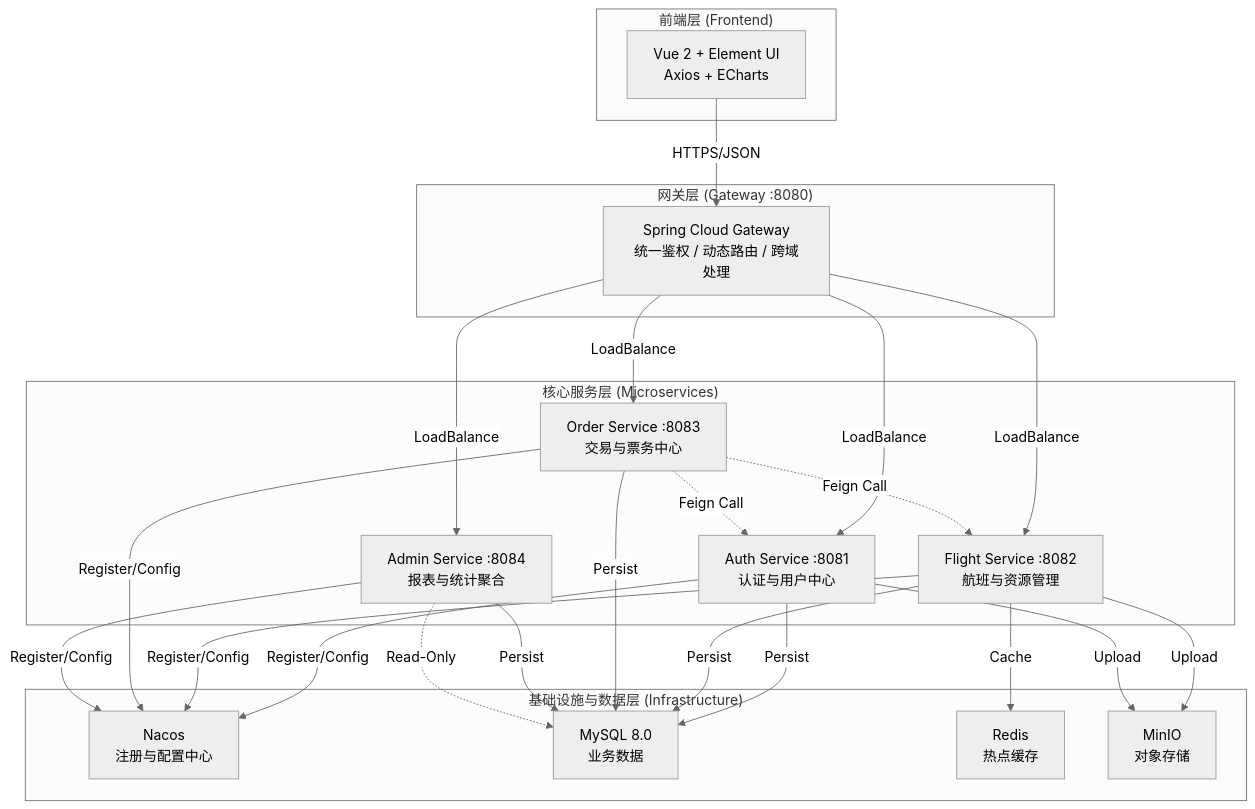
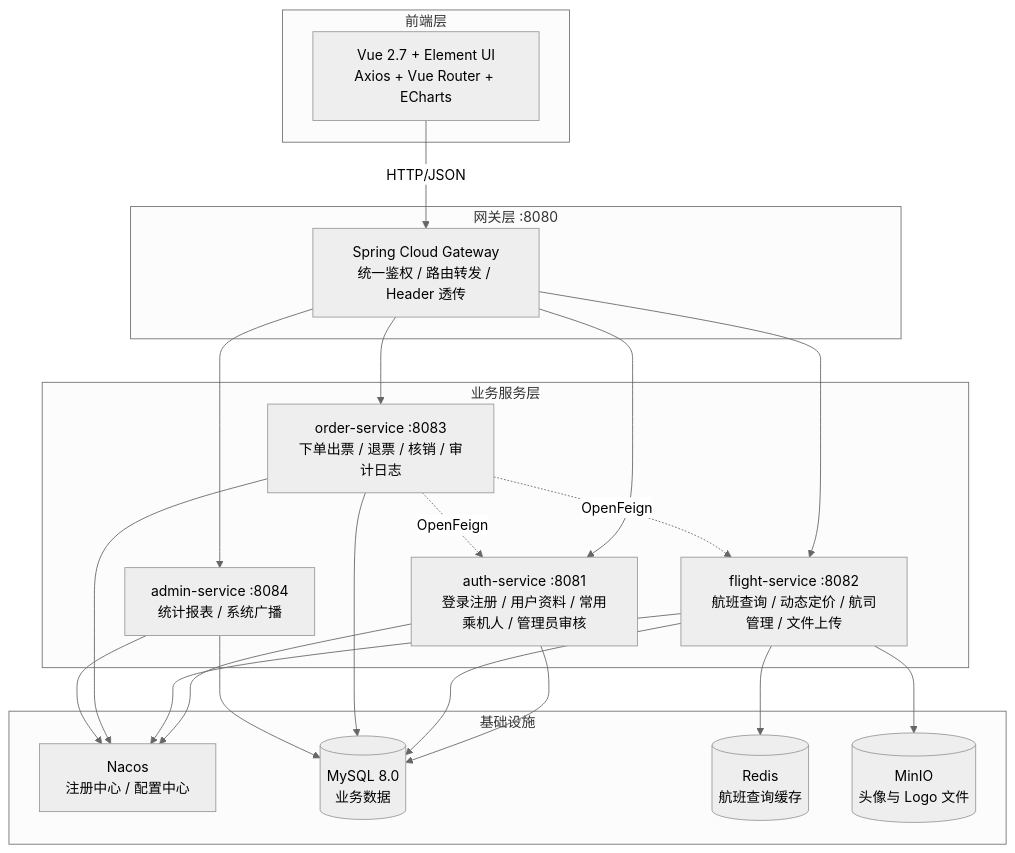
Before and after one commit to AndyXuPrime/PlaneTickets_courseDesign: the first of 3 diagrams in README.md, drawn with Mermaid (neutral theme). The commit also changed other lines of this file, not shown here.

````diff
--- a/README.md
+++ b/README.md
@@ -36,39 +53,36 @@
 ```mermaid
 graph TB
-    subgraph "前端层 (Frontend)"
-        A[Vue 2 + Element UI<br/>Axios + ECharts]
+    subgraph Frontend["前端层"]
+        V[Vue 2.7 + Element UI<br/>Axios + Vue Router + ECharts]
     end
 
-    subgraph "网关层 (Gateway :8080)"
-        B[Spring Cloud Gateway<br/>统一鉴权 / 动态路由 / 跨域处理]
+    subgraph Gateway["网关层 :8080"]
+        G[Spring Cloud Gateway<br/>统一鉴权 / 路由转发 / Header 透传]
     end
 
-    subgraph "核心服务层 (Microservices)"
-        C[Auth Service :8081<br/>认证与用户中心]
-        D[Flight Service :8082<br/>航班与资源管理]
-        E[Order Service :8083<br/>交易与票务中心]
-        F[Admin Service :8084<br/>报表与统计聚合]
+    subgraph Services["业务服务层"]
+        A[auth-service :8081<br/>登录注册 / 用户资料 / 常用乘机人 / 管理员审核]
+        F[flight-service :8082<br/>航班查询 / 动态定价 / 航司管理 / 文件上传]
+        O[order-service :8083<br/>下单出票 / 退票 / 核销 / 审计日志]
+        M[admin-service :8084<br/>统计报表 / 系统广播]
     end
 
-    subgraph "基础设施与数据层 (Infrastructure)"
-        G[Nacos<br/>注册与配置中心]
-        H[MySQL 8.0<br/>业务数据]
-        I[Redis<br/>热点缓存]
-        J[MinIO<br/>对象存储]
+    subgraph Infra["基础设施"]
+        N[Nacos<br/>注册中心 / 配置中心]
+        DB[(MySQL 8.0<br/>业务数据)]
+        R[(Redis<br/>航班查询缓存)]
+        S[(MinIO<br/>头像与 Logo 文件)]
     end
 
-    A -->|HTTPS/JSON| B
-    B -->|LoadBalance| C
-    B -->|LoadBalance| D
-    B -->|LoadBalance| E
-    B -->|LoadBalance| F
-    
-    C & D & E & F -->|Register/Config| G
-    C & D & E & F -->|Persist| H
-    D -->|Cache| I
-    D & C -->|Upload| J
-    
-    E -.->|Feign Call| C
-    E -.->|Feign Call| D
-    F -.->|Read-Only| H
+    V -->|HTTP/JSON| G
+    G --> A
+    G --> F
+    G --> O
+    G --> M
+    A & F & O & M --> N
+    A & F & O & M --> DB
+    F --> R
+    F --> S
+    O -.->|OpenFeign| A
+    O -.->|OpenFeign| F
 ```
````
